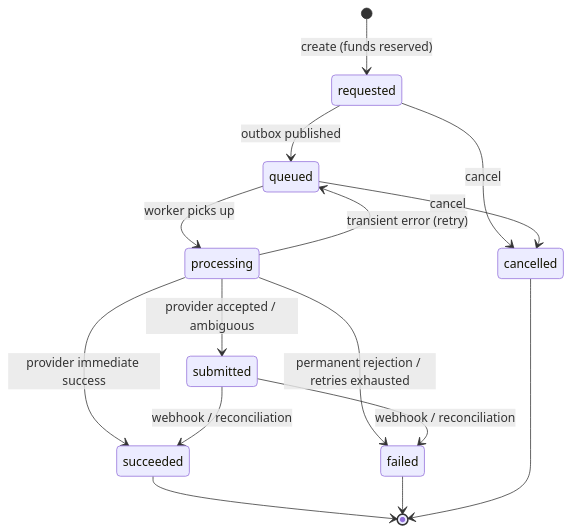
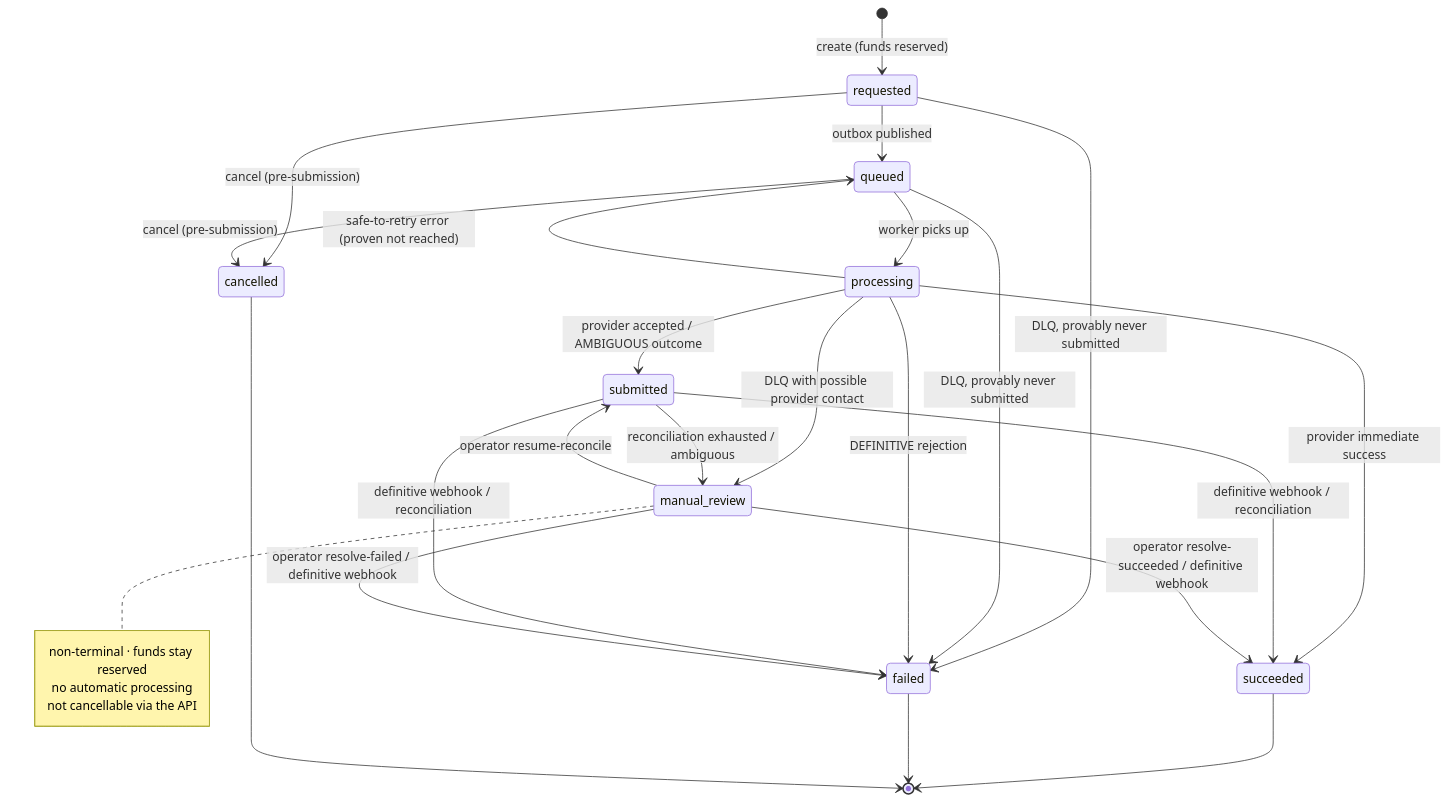
The second of 4 diagrams in README.md (mubinibum/ledger-payout-service), drawn with Mermaid before and after one commit. The commit also changed other lines of this file and 8 other files, not shown here.

````diff
--- a/README.md
+++ b/README.md
@@ -165,17 +176,30 @@
 ```mermaid
 stateDiagram-v2
     [*] --> requested : create (funds reserved)
     requested --> queued : outbox published
-    requested --> cancelled : cancel
+    requested --> cancelled : cancel (pre-submission)
     queued --> processing : worker picks up
-    queued --> cancelled : cancel
-    processing --> queued : transient error (retry)
-    processing --> submitted : provider accepted / ambiguous
+    queued --> cancelled : cancel (pre-submission)
+    requested --> failed : DLQ, provably never submitted
+    queued --> failed : DLQ, provably never submitted
+    processing --> queued : safe-to-retry error (proven not reached)
+    processing --> submitted : provider accepted / AMBIGUOUS outcome
     processing --> succeeded : provider immediate success
-    processing --> failed : permanent rejection / retries exhausted
-    submitted --> succeeded : webhook / reconciliation
-    submitted --> failed : webhook / reconciliation
+    processing --> failed : DEFINITIVE rejection
+    processing --> manual_review : DLQ with possible provider contact
+    submitted --> succeeded : definitive webhook / reconciliation
+    submitted --> failed : definitive webhook / reconciliation
+    submitted --> manual_review : reconciliation exhausted / ambiguous
+    manual_review --> succeeded : operator resolve-succeeded / definitive webhook
+    manual_review --> failed : operator resolve-failed / definitive webhook
+    manual_review --> submitted : operator resume-reconcile
     succeeded --> [*]
     failed --> [*]
     cancelled --> [*]
+
+    note right of manual_review
+        non-terminal · funds stay reserved
+        no automatic processing
+        not cancellable via the API
+    end note
 ```
````
